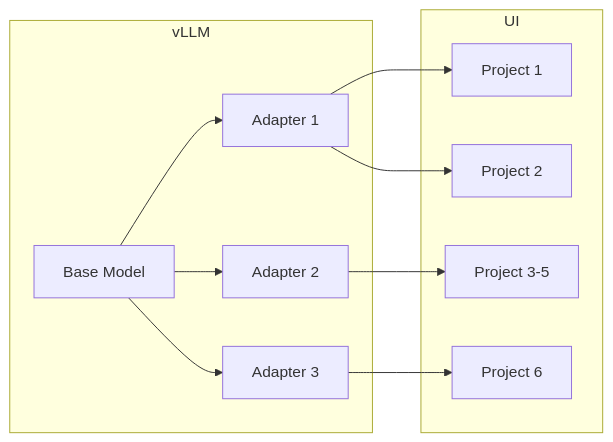
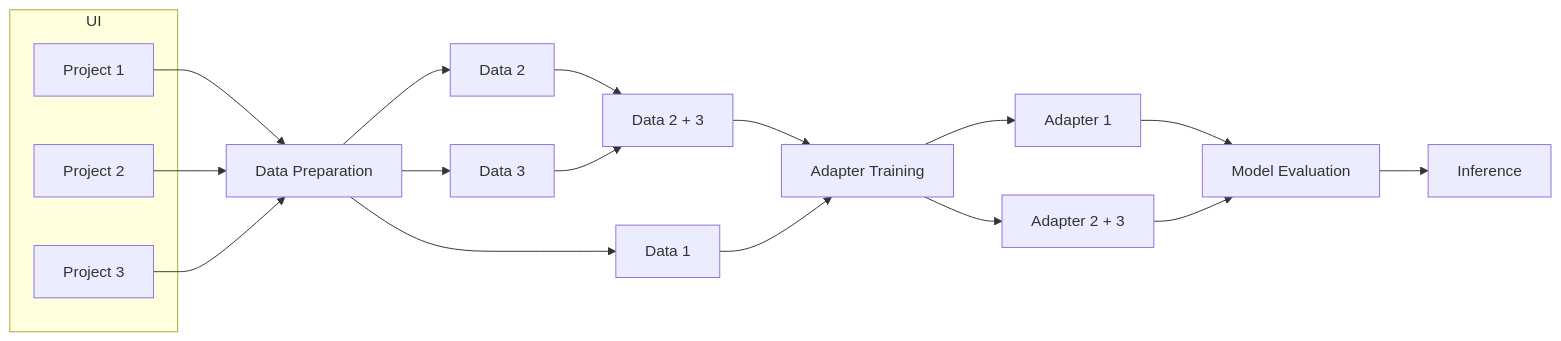
The first of 4 diagrams in content/handbook/engineering/architecture/design-documents/self_hosted_finetuning/_index.md (zalyoung/gitlab-handbook), drawn with Mermaid before and after one commit. The commit also changed other lines of this file, not shown here.

````diff
--- a/content/handbook/engineering/architecture/design-documents/self_hosted_finetuning/_index.md
+++ b/content/handbook/engineering/architecture/design-documents/self_hosted_finetuning/_index.md
@@ -79,25 +83,30 @@
 ```mermaid
 flowchart LR
- subgraph s1["vLLM"]
- n1["Base Model"]
- n2["Adapter 1"]
- n3["Adapter 2"]
- n4["Adapter 3"]
+ subgraph s2["UI"]
+ project1["Project 1"]
+ project2["Project 2"]
+ project3["Project 3"]
  end
-    
- subgraph s2["UI"]
- n5["Project 1"]
- n6["Project 2"]
- n7["Project 3-5"]
- n8["Project 6"]
- end
-
- n1 --> n2
- n1 --> n3
- n1 --> n4
- n2 --> n5
- n2 --> n6
- n3 --> n7
- n4 --> n8
-
+ dataprep["Data Preparation"]
+ data1["Data 1"]
+ data2["Data 2"]
+ data3["Data 3"]
+ combined_data23["Data 2 + 3"]
+ training["Adapter Training"]
+ adapter1["Adapter 1"]
+ adapter2["Adapter 2 + 3"]
+ model_eval["Model Evaluation"]
+ inference["Inference"]
+ project1 --> dataprep
+ project2 --> dataprep
+ project3 --> dataprep
+ dataprep --> data1 & data2 & data3
+ data2 --> combined_data23
+ data3 --> combined_data23
+ combined_data23 --> training
+ data1 --> training
+ training --> adapter2 & adapter1
+ adapter1 --> model_eval
+ adapter2 --> model_eval
+ model_eval --> inference
 ```
````
